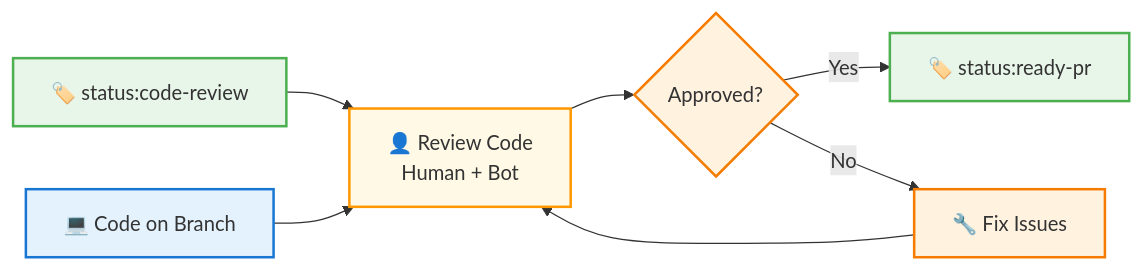
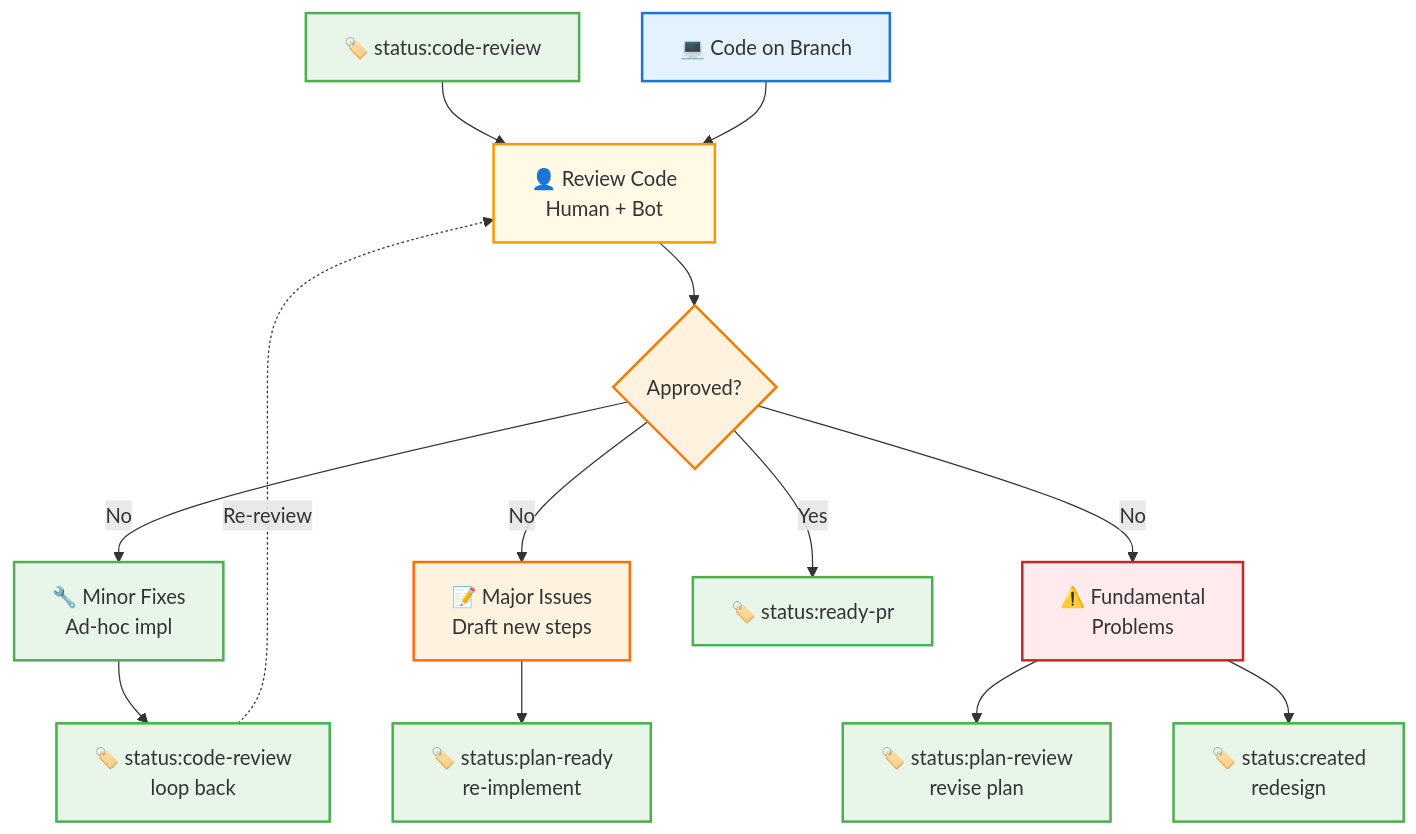
The sixth of 8 diagrams in pr_info/DEVELOPMENT_PROCESS.md (MarcusJellinghaus/mcp_coder), drawn with Mermaid before and after one commit. The commit also changed other lines of this file, not shown here.

Commit message:
diagram updated

````diff
--- a/pr_info/DEVELOPMENT_PROCESS.md
+++ b/pr_info/DEVELOPMENT_PROCESS.md
@@ -589,26 +589,58 @@
 ```mermaid
-flowchart LR
-    Input1[🏷️ status:code-review]
-    Input2[💻 Code on Branch]
-    Process[👤 Review Code<br/>Human + Bot]
-    Decision{Approved?}
-    Fix[🔧 Fix Issues]
-    Output[🏷️ status:ready-pr]
+flowchart TD
+    Input1["🏷️ status:code-review"]
+    Input2["💻 Code on Branch"]
+    Process["👤 Review Code<br/>Human + Bot"]
+    Decision{"Approved?"}
+    
+    %% Three decision paths
+    MinorFix["🔧 Minor Fixes<br/>Ad-hoc impl"]
+    MajorIssue["📝 Major Issues<br/>Draft new steps"]
+    Fundamental["⚠️ Fundamental<br/>Problems"]
+    
+    %% Target statuses
+    StayReview["🏷️ status:code-review<br/>loop back"]
+    ToPlanReady["🏷️ status:plan-ready<br/>re-implement"]
+    ToPlanReview["🏷️ status:plan-review<br/>revise plan"]
+    ToCreated["🏷️ status:created<br/>redesign"]
+    Output["🏷️ status:ready-pr"]
     
     Input1 --> Process
     Input2 --> Process
     Process --> Decision
-    Decision -->|Yes| Output
-    Decision -->|No| Fix
-    Fix --> Process
+    
+    %% Approved path
+    Decision -->|"Yes"| Output
+    
+    %% Not approved - three paths
+    Decision -->|"No"| MinorFix
+    Decision -->|"No"| MajorIssue
+    Decision -->|"No"| Fundamental
+    
+    %% Minor fixes loop back to code review
+    MinorFix --> StayReview
+    StayReview -.->|"Re-review"| Process
+    
+    %% Major issues go to plan-ready
+    MajorIssue --> ToPlanReady
+    
+    %% Fundamental problems go to plan-review or created
+    Fundamental --> ToPlanReview
+    Fundamental --> ToCreated
     
     classDef status fill:#e8f5e9,stroke:#4caf50,stroke-width:2px
     classDef artifact fill:#e3f2fd,stroke:#1976d2,stroke-width:2px
     classDef process fill:#fff9e6,stroke:#ff9800,stroke-width:2px
     classDef decision fill:#fff3e0,stroke:#f57c00,stroke-width:2px
+    classDef pathMinor fill:#e8f5e9,stroke:#4caf50,stroke-width:2px
+    classDef pathMajor fill:#fff3e0,stroke:#ff6f00,stroke-width:2px
+    classDef pathFundamental fill:#ffebee,stroke:#c62828,stroke-width:2px
     
-    class Input1,Output status
+    class Input1,StayReview,ToPlanReady,ToPlanReview,ToCreated,Output status
     class Input2 artifact
     class Process process
-    class Decision,Fix decision
+    class Decision decision
+    class MinorFix pathMinor
+    class MajorIssue pathMajor
+    class Fundamental pathFundamental
 ```
````
